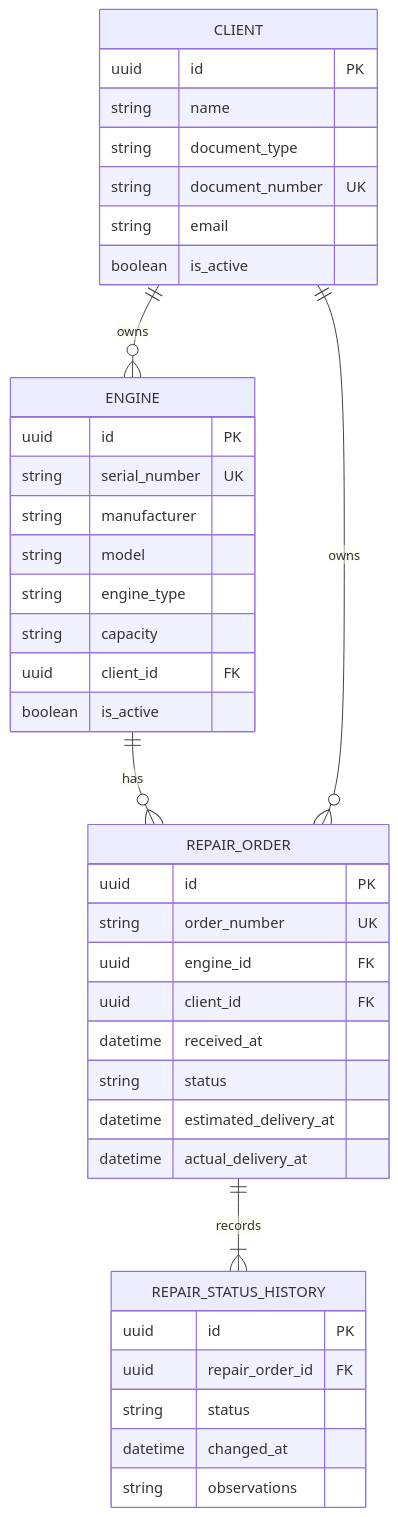
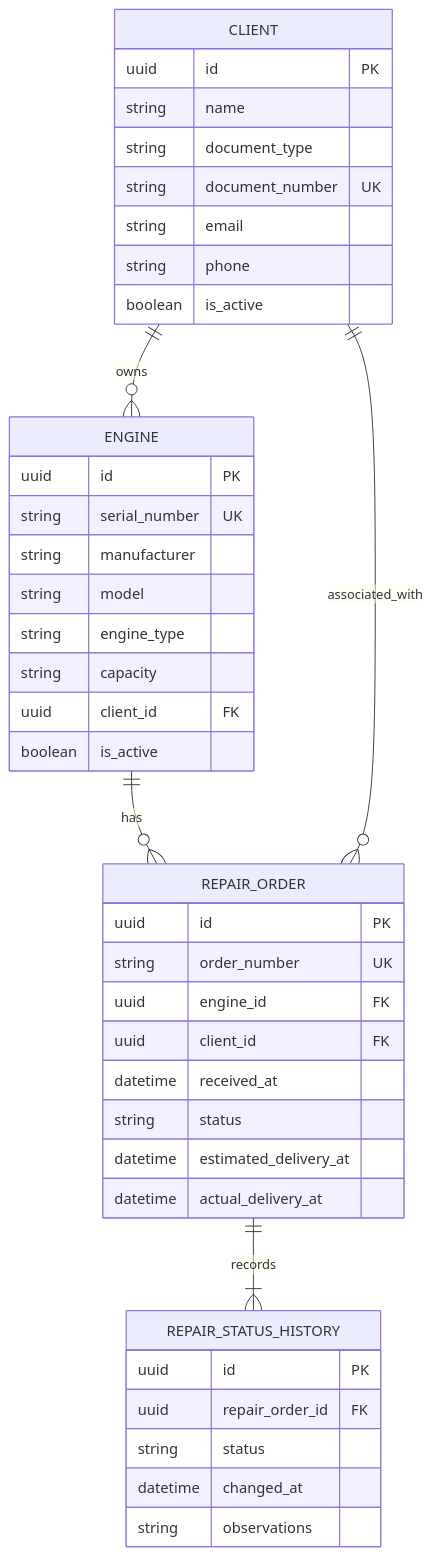
One commit to vanefRiwi/assesstment-engine-repair changed the diagram in docs/data-model.md. Above: the diagram before and after it, drawn with Mermaid. The commit also changed other lines of this file, not shown here.

````diff
--- a/docs/data-model.md
+++ b/docs/data-model.md
@@ -104,46 +107,44 @@
 ```mermaid
 erDiagram
     CLIENT ||--o{ ENGINE : owns
     ENGINE ||--o{ REPAIR_ORDER : has
-    CLIENT ||--o{ REPAIR_ORDER : owns
+    CLIENT ||--o{ REPAIR_ORDER : associated_with
     REPAIR_ORDER ||--|{ REPAIR_STATUS_HISTORY : records
 
     CLIENT {
         uuid id PK
         string name
         string document_type
         string document_number UK
         string email
+        string phone
         boolean is_active
     }
-
     ENGINE {
         uuid id PK
         string serial_number UK
         string manufacturer
         string model
         string engine_type
         string capacity
         uuid client_id FK
         boolean is_active
     }
-
     REPAIR_ORDER {
         uuid id PK
         string order_number UK
         uuid engine_id FK
         uuid client_id FK
         datetime received_at
         string status
         datetime estimated_delivery_at
         datetime actual_delivery_at
     }
-
     REPAIR_STATUS_HISTORY {
         uuid id PK
         uuid repair_order_id FK
         string status
         datetime changed_at
         string observations
     }
 ```
````
